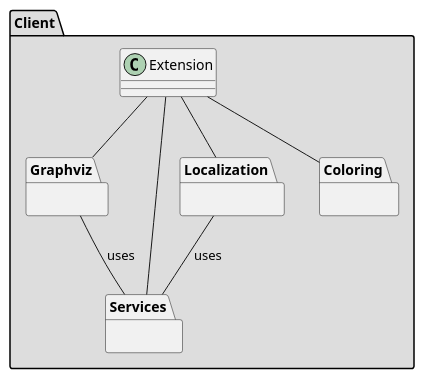
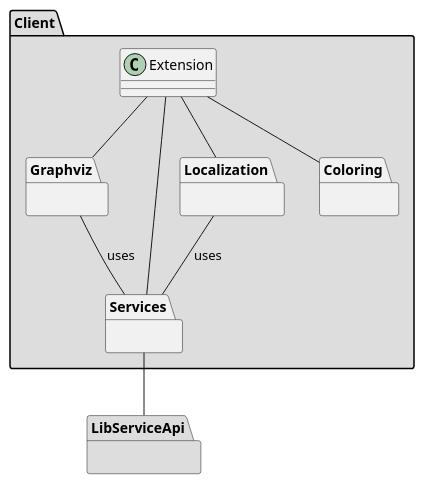
One commit to wolfj123/PolicyModelsPlugin changed the diagram in diagrams/client/ClientMetaDiagram.puml. Above: the diagram before and after it, drawn with PlantUML.

```diff
--- a/diagrams/client/ClientMetaDiagram.puml
+++ b/diagrams/client/ClientMetaDiagram.puml
@@ -1,27 +1,31 @@
 @startuml
 
 package Client #DDDDDD {
 
     class Extension
 
     package Graphviz{}
 
     package Services{}
 
     package Localization {
     }
     package Coloring {
     }
    
     Extension -- Graphviz 
     Extension -- Services 
     Extension -- Localization 
     Extension -- Coloring
     Localization -- Services: uses
     Graphviz -- Services :uses
  
 }
 
+package LibServiceApi #DDDDDD{
+}
+
+Services -- LibServiceApi 
 
 
 @enduml
```
